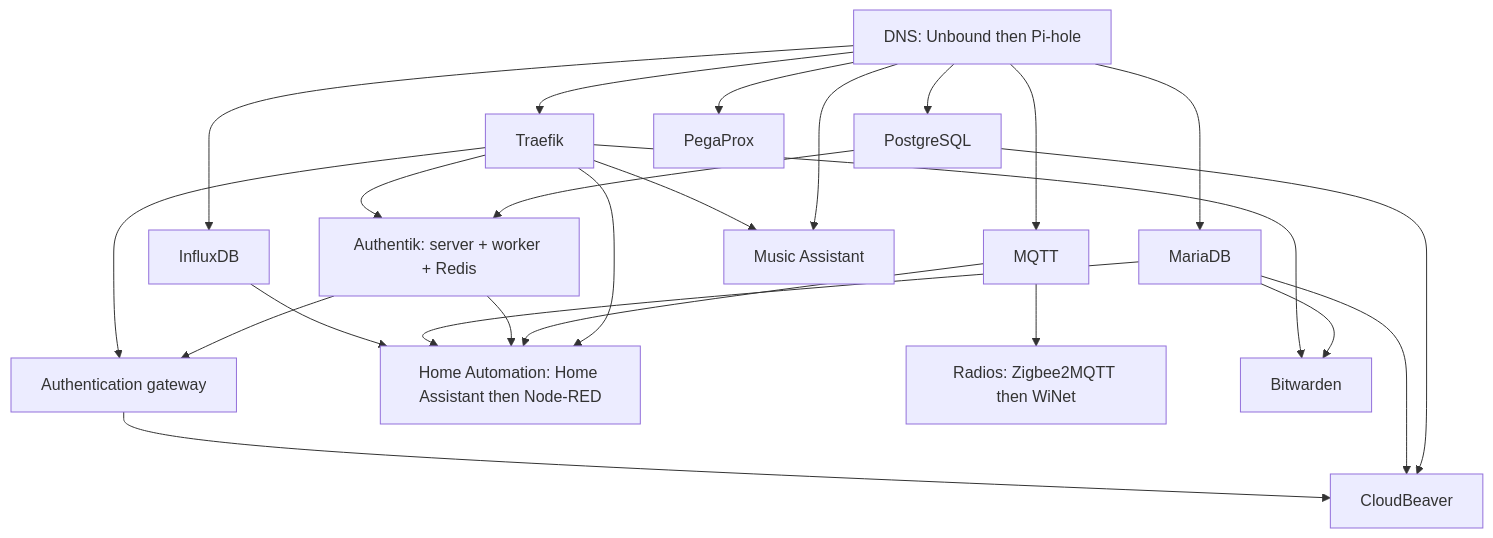
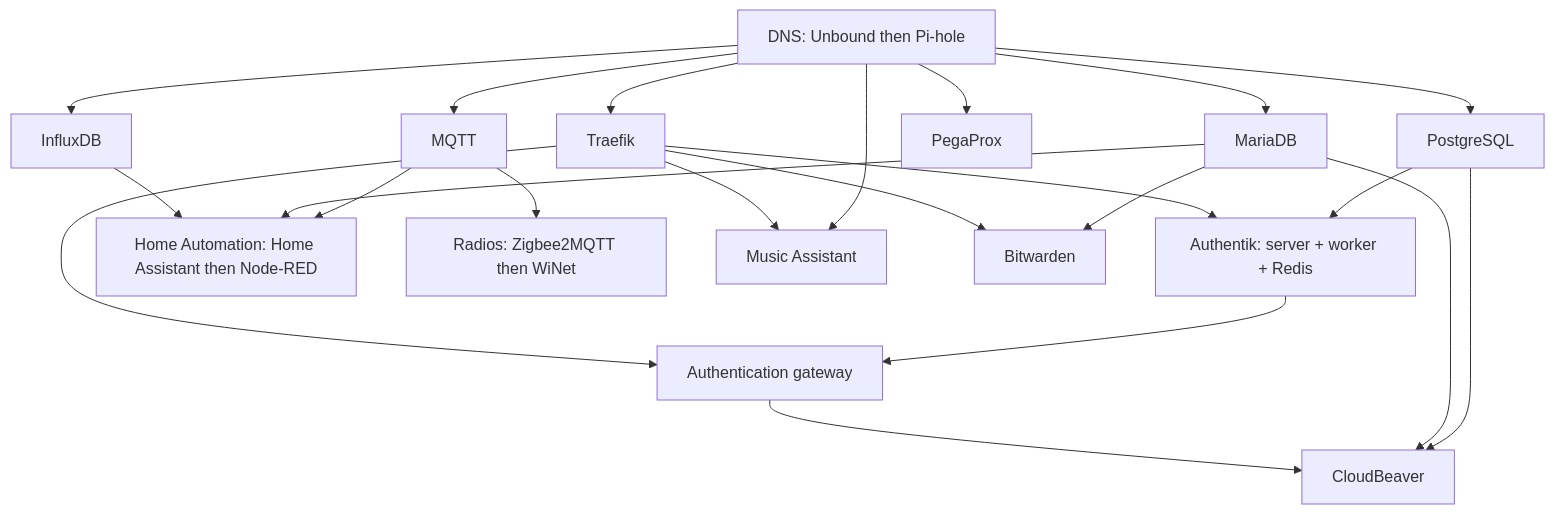
One commit to theaussiepom/homelab-stack changed the diagram in README.md. Above: the diagram before and after it, drawn with Mermaid. The commit also changed other lines of this file and 61 other files, not shown here.

````diff
--- a/README.md
+++ b/README.md
@@ -12,26 +12,24 @@
 ```mermaid
 flowchart TD
   DNS[DNS: Unbound then Pi-hole] --> Ingress[Traefik]
   DNS --> PG[PostgreSQL]
   DNS --> Maria[MariaDB]
   DNS --> Influx[InfluxDB]
   DNS --> Pega[PegaProx]
   PG --> Auth[Authentik: server + worker + Redis]
   Ingress --> Auth
   PG --> Admin[CloudBeaver]
   Maria --> Admin
   Auth --> Gateway[Authentication gateway]
   Ingress --> Gateway
   Gateway --> Admin
   DNS --> Broker[MQTT]
-  Ingress --> Auto[Home Automation: Home Assistant then Node-RED]
-  Broker --> Auto
-  Auth --> Auto
+  Broker --> Auto[Home Automation: Home Assistant then Node-RED]
   Maria --> Auto
   Influx --> Auto
   Broker --> Radio[Radios: Zigbee2MQTT then WiNet]
   DNS --> Music[Music Assistant]
   Ingress --> Music
   Maria --> Vault[Bitwarden]
   Ingress --> Vault
 ```
````
